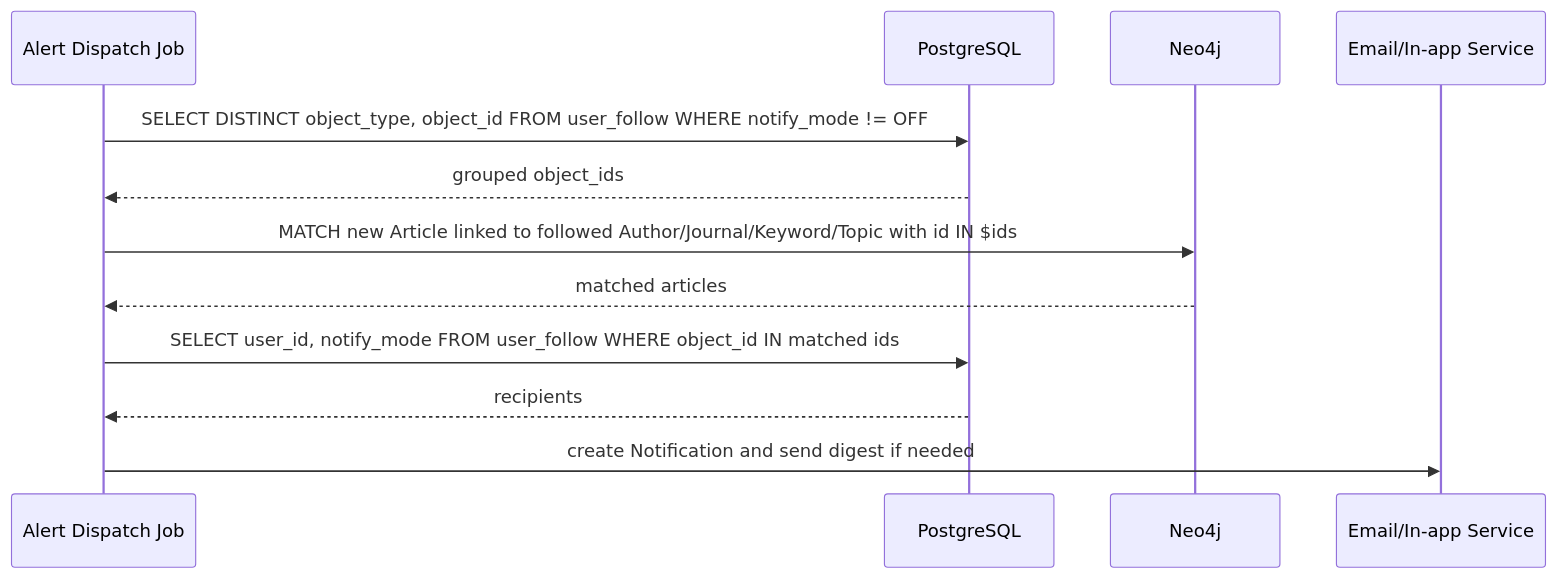
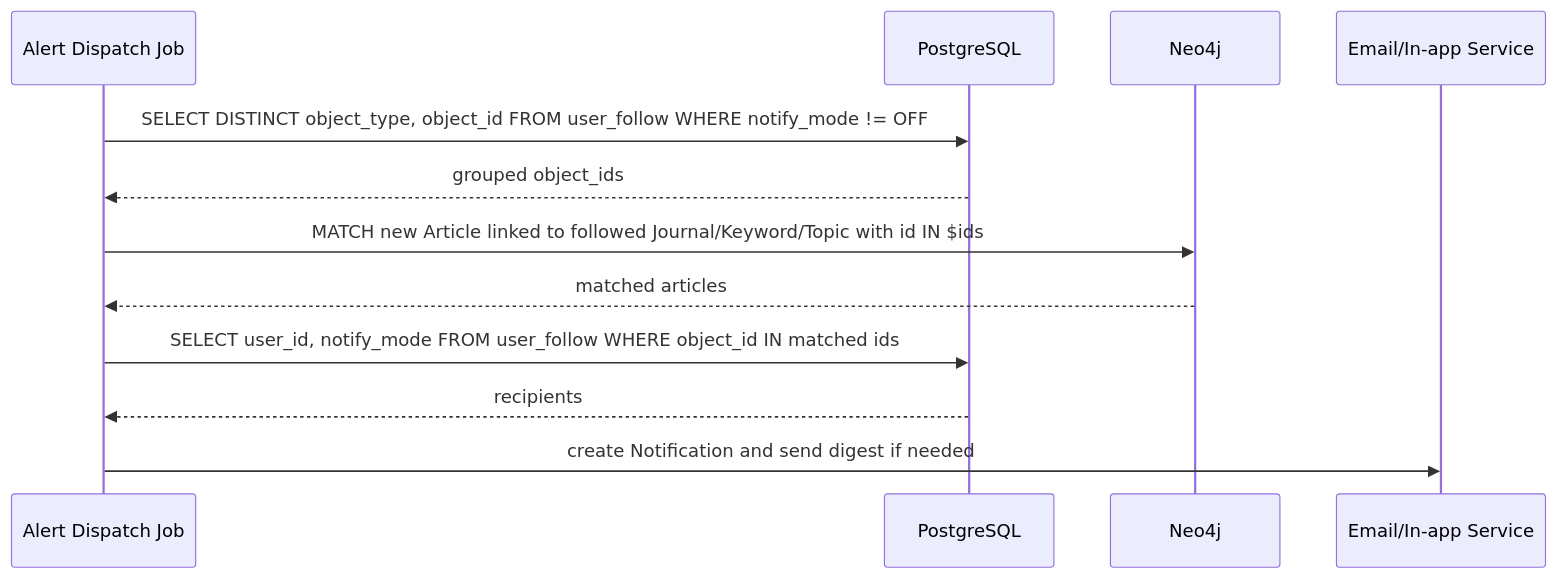
One commit to Scilab-alpha/Scilab changed the fourth of 5 diagrams in docs/ERD/ERD.md. Above: the diagram before and after it, drawn with Mermaid. The commit also changed other lines of this file and 553 other files, not shown here.

````diff
--- a/docs/ERD/ERD.md
+++ b/docs/ERD/ERD.md
@@ -710,15 +710,15 @@
 ```mermaid
 sequenceDiagram
     participant Job as Alert Dispatch Job
     participant PG as PostgreSQL
     participant G as Neo4j
     participant Mail as Email/In-app Service
 
     Job->>PG: SELECT DISTINCT object_type, object_id FROM user_follow WHERE notify_mode != OFF
     PG-->>Job: grouped object_ids
-    Job->>G: MATCH new Article linked to followed Author/Journal/Keyword/Topic with id IN $ids
+    Job->>G: MATCH new Article linked to followed Journal/Keyword/Topic with id IN $ids
     G-->>Job: matched articles
     Job->>PG: SELECT user_id, notify_mode FROM user_follow WHERE object_id IN matched ids
     PG-->>Job: recipients
     Job->>Mail: create Notification and send digest if needed
 ```
````
